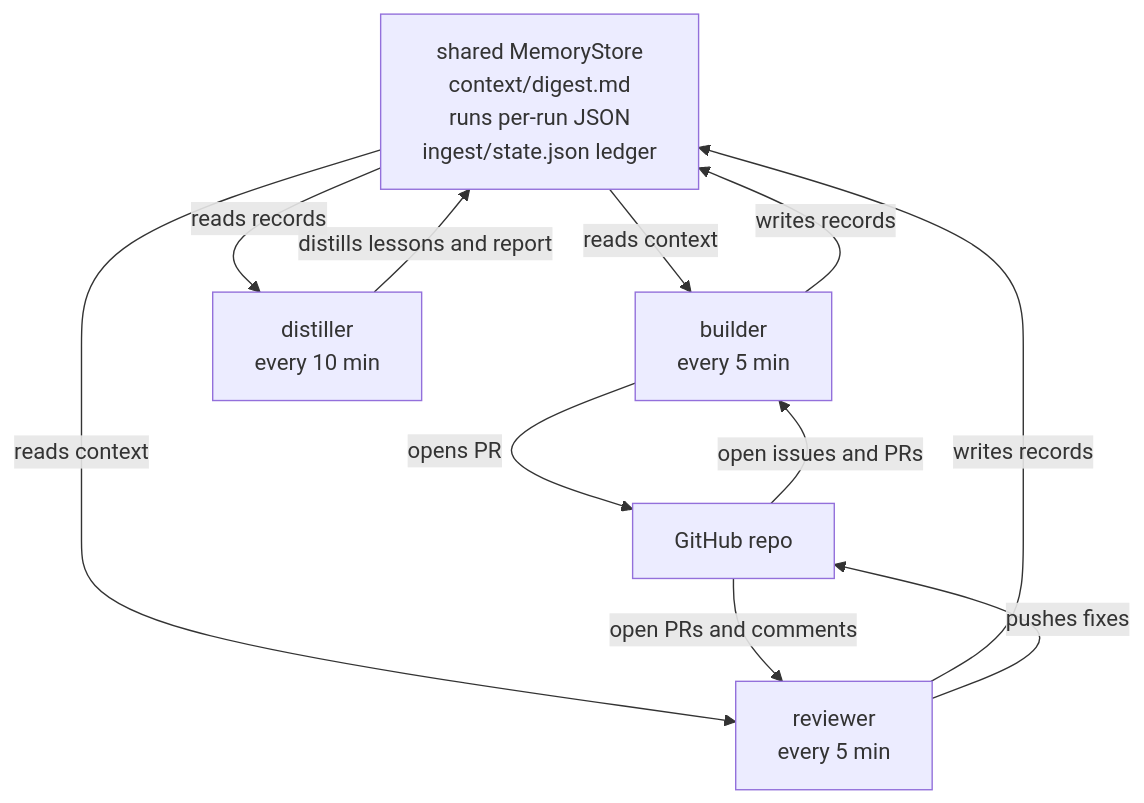
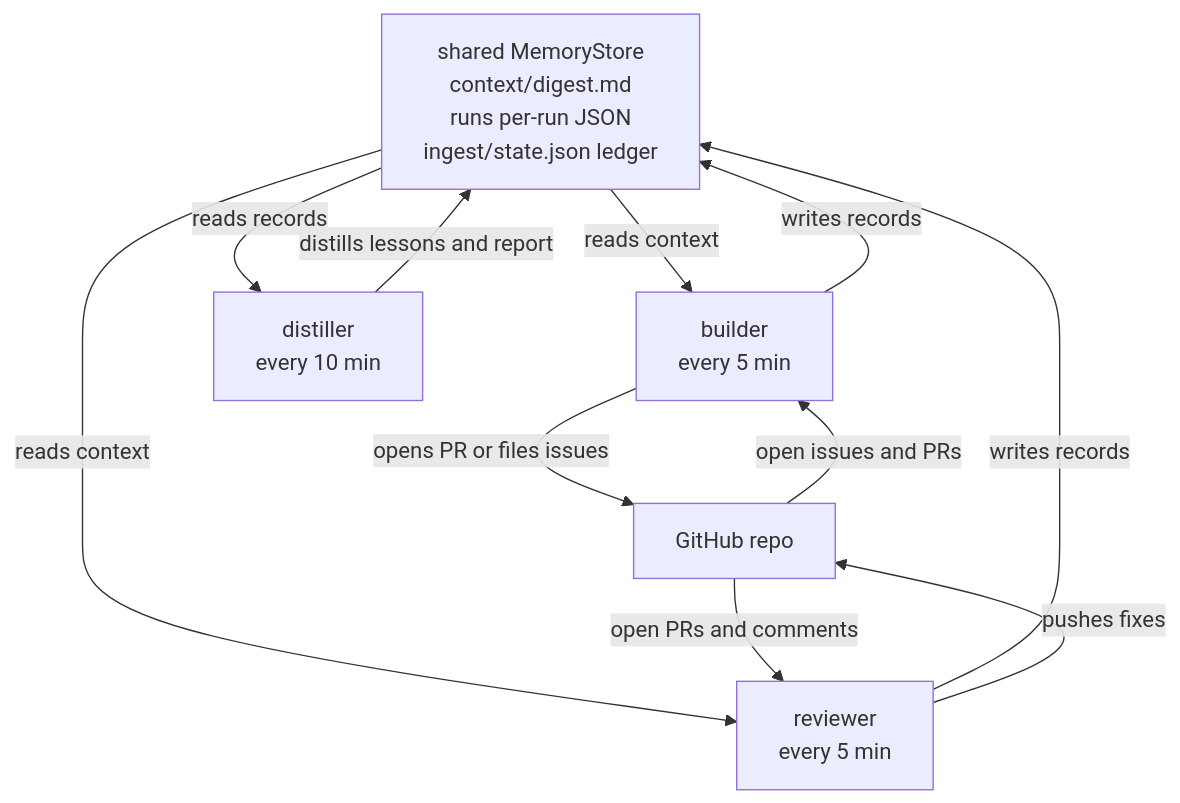
The diagram in docs/architecture.md (unionai-oss/flyte-agent-loop), drawn with Mermaid before and after one commit. The commit also changed other lines of this file and 13 other files, not shown here.

````diff
--- a/docs/architecture.md
+++ b/docs/architecture.md
@@ -7,21 +7,21 @@
 ```mermaid
 flowchart TD
     mem["shared MemoryStore<br/>context/digest.md<br/>runs per-run JSON<br/>ingest/state.json ledger"]
     builder["builder<br/>every 5 min"]
     reviewer["reviewer<br/>every 5 min"]
     distiller["distiller<br/>every 10 min"]
     repo["GitHub repo"]
 
     mem -->|reads context| builder
     mem -->|reads context| reviewer
     builder -->|writes records| mem
     reviewer -->|writes records| mem
 
     repo -->|open issues and PRs| builder
     repo -->|open PRs and comments| reviewer
-    builder -->|opens PR| repo
+    builder -->|opens PR or files issues| repo
     reviewer -->|pushes fixes| repo
 
     mem -->|reads records| distiller
     distiller -->|distills lessons and report| mem
 ```
````
